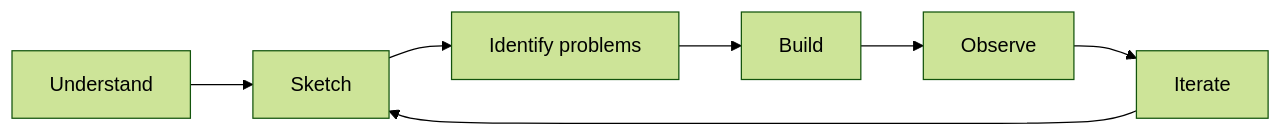
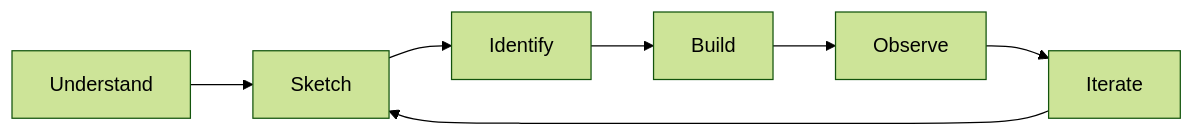
The diagram in ROADMAP.md (lxrider/saas-security-lab), drawn with Mermaid (forest theme) before and after one commit. The commit also changed other lines of this file, not shown here.

First line of the commit message:
Align roadmap with business-driven security approach

````diff
--- a/ROADMAP.md
+++ b/ROADMAP.md
@@ -10,9 +11,9 @@
 ```mermaid
 flowchart LR
     A["Understand"] --> B["Sketch"]
-    B --> C["Identify problems"]
+    B --> C["Identify"]
     C --> D["Build"]
     D --> E["Observe"]
     E --> F["Iterate"]
     F --> B
 ```
````
